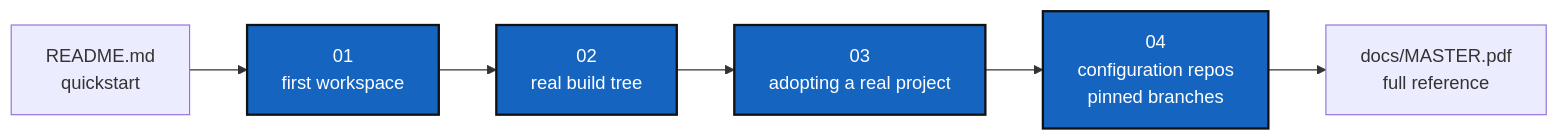
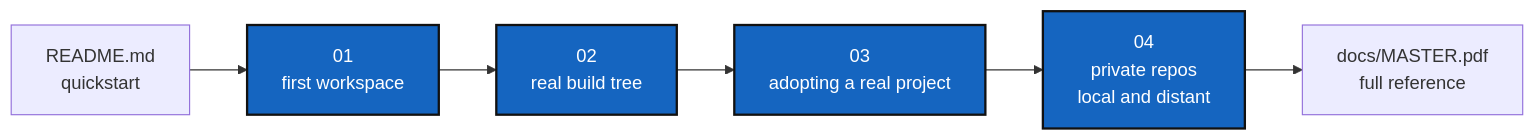
Before and after one commit to flipoyo/ComplexGitSync: the diagram in tutorials/README.md, drawn with Mermaid. The commit also changed other lines of this file and 32 other files, not shown here.

First line of the commit message:
pinned becomes private: say what a repository is, not what the tool does

````diff
--- a/tutorials/README.md
+++ b/tutorials/README.md
@@ -25,11 +25,11 @@
 ```mermaid
 graph LR
     README["README.md<br/>quickstart"] --> T1["01<br/>first workspace"]
     T1 --> T2["02<br/>real build tree"]
     T2 --> T3["03<br/>adopting a real project"]
-    T3 --> T4["04<br/>configuration repos<br/>pinned branches"]
+    T3 --> T4["04<br/>private repos<br/>local and distant"]
     T4 --> REF["docs/MASTER.pdf<br/>full reference"]
 
     classDef here fill:#1565C0,color:#fff,stroke:#111,stroke-width:2px;
     class T1,T2,T3,T4 here;
 ```
````
